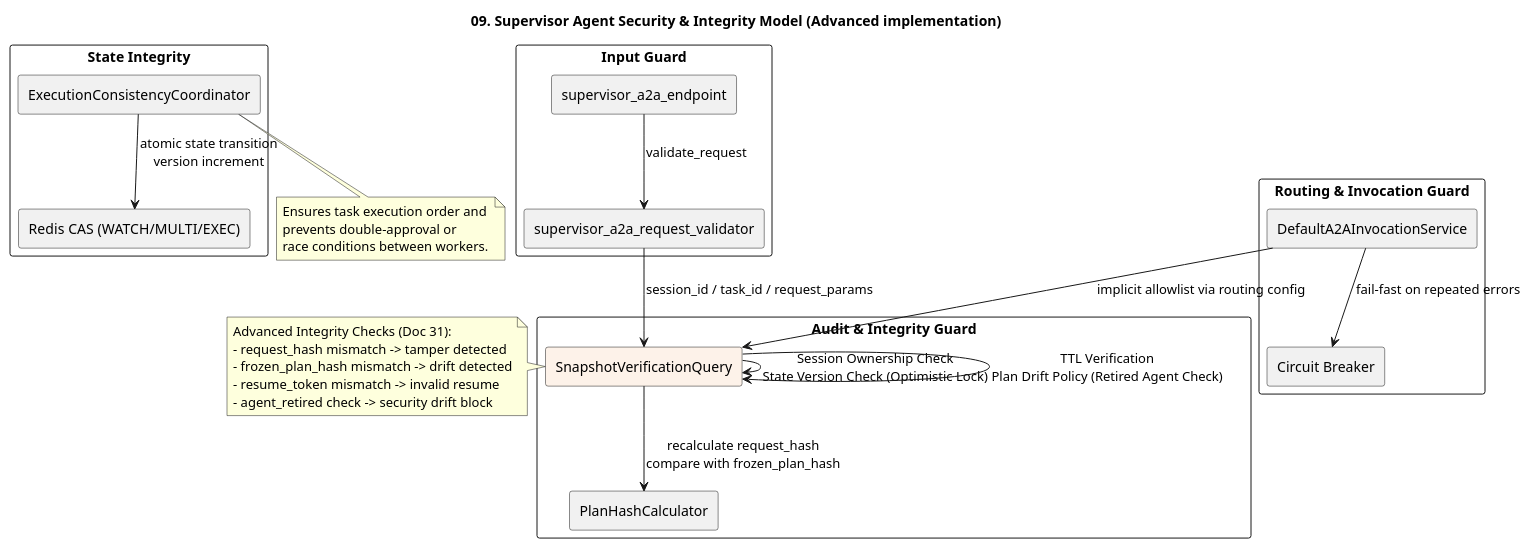
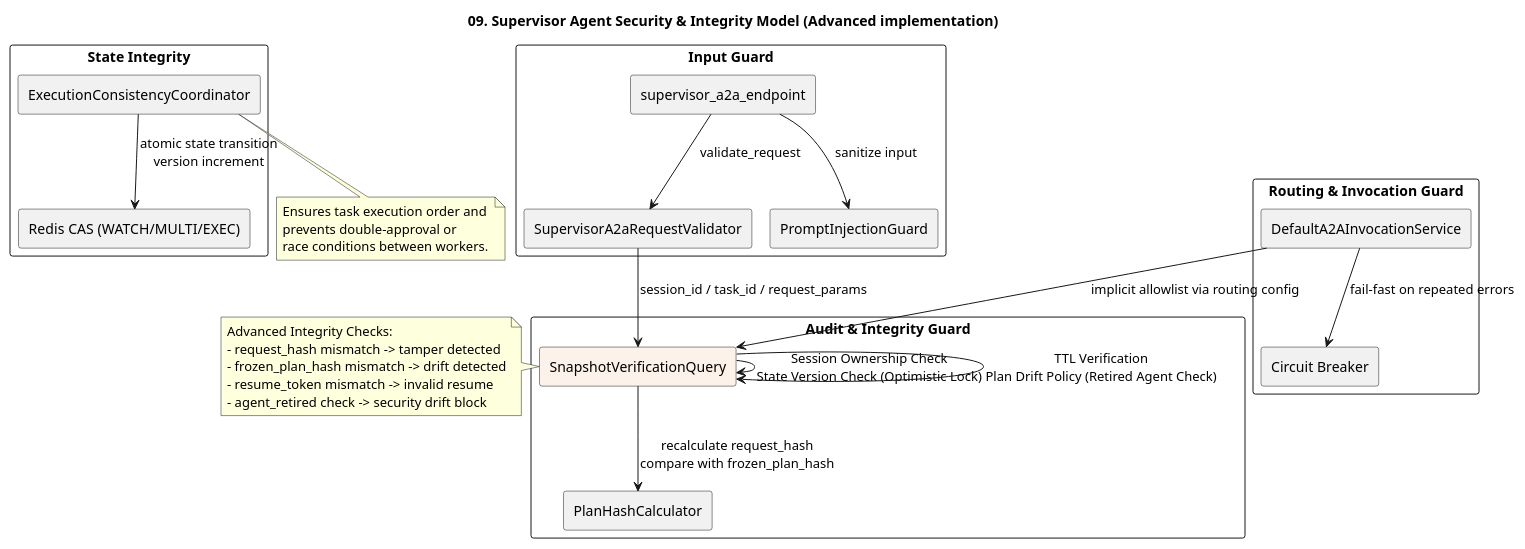
The diagram in a2a-host_agent-architecture/09-security-model.puml (kim57uak/smart-supervisor-sub-agent), drawn with PlantUML before and after one commit. The commit also changed 33 other files, not shown here.

```diff
--- a/a2a-host_agent-architecture/09-security-model.puml
+++ b/a2a-host_agent-architecture/09-security-model.puml
@@ -1,53 +1,55 @@
 @startuml
 !pragma layout smetana
 title 09. Supervisor Agent Security & Integrity Model (Advanced implementation)
 
 skinparam shadowing false
 skinparam componentStyle rectangle
 
 rectangle "Input Guard" {
   [supervisor_a2a_endpoint] as Controller
-  [supervisor_a2a_request_validator] as Validator
+  [SupervisorA2aRequestValidator] as Validator
+  [PromptInjectionGuard] as Guard
 }
 
 rectangle "Audit & Integrity Guard" {
   [SnapshotVerificationQuery] as Auditor #FDF2E9
   [PlanHashCalculator] as HashGen
 }
 
 rectangle "Routing & Invocation Guard" {
   [DefaultA2AInvocationService] as Invoker
   [Circuit Breaker] as CircuitBreaker
 }
 
 rectangle "State Integrity" {
   [ExecutionConsistencyCoordinator] as Consistency
   [Redis CAS (WATCH/MULTI/EXEC)] as CAS
 }
 
 Controller --> Validator : validate_request
+Controller --> Guard : sanitize input
 Validator --> Auditor : session_id / task_id / request_params
 
 Auditor --> HashGen : recalculate request_hash\ncompare with frozen_plan_hash
 Auditor --> Auditor : Session Ownership Check\nState Version Check (Optimistic Lock)
 Auditor --> Auditor : TTL Verification\nPlan Drift Policy (Retired Agent Check)
 
 Invoker --> CircuitBreaker : fail-fast on repeated errors
 Invoker --> Auditor : implicit allowlist via routing config
 
 Consistency --> CAS : atomic state transition\nversion increment
 
 note right of Auditor
-Advanced Integrity Checks (Doc 31):
+Advanced Integrity Checks:
 - request_hash mismatch -> tamper detected
 - frozen_plan_hash mismatch -> drift detected
 - resume_token mismatch -> invalid resume
 - agent_retired check -> security drift block
 end note
 
 note bottom of Consistency
 Ensures task execution order and 
 prevents double-approval or 
 race conditions between workers.
 end note
 @enduml
```
